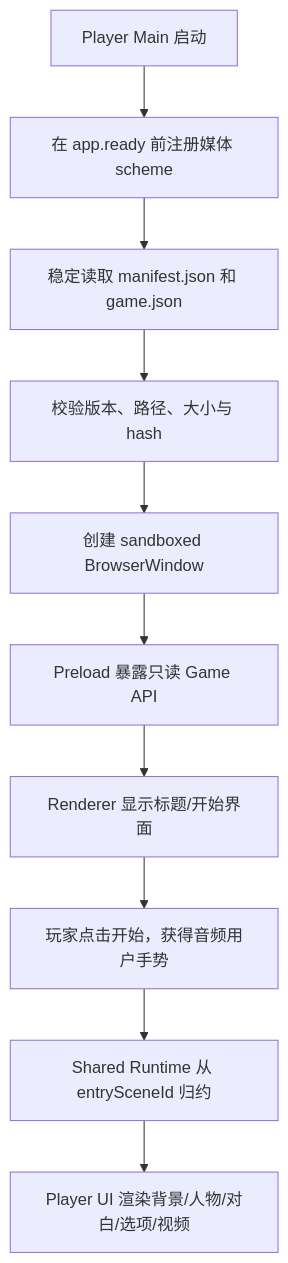
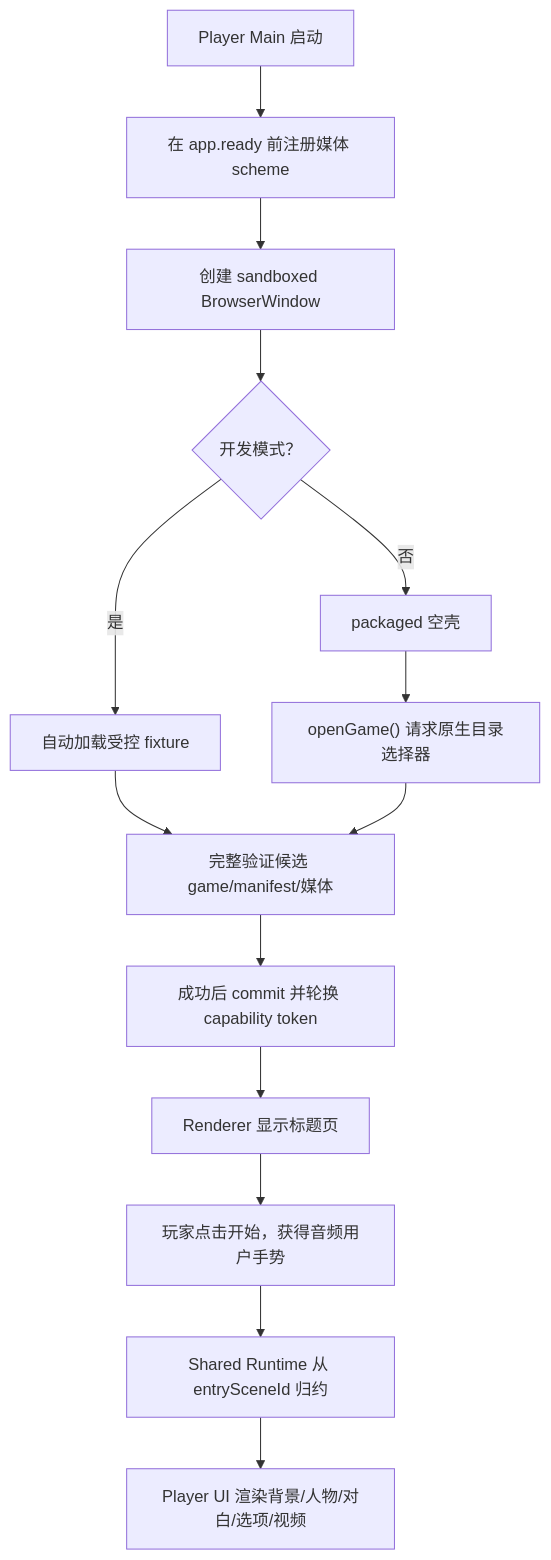
Before and after one commit to DarkboyRyan/Scratch-Novel-Engine: the third of 3 diagrams in docs/game-export-player.md, drawn with Mermaid. The commit also changed other lines of this file and 118 other files, not shown here.

````diff
--- a/docs/game-export-player.md
+++ b/docs/game-export-player.md
@@ -317,16 +417,22 @@
 ```mermaid
 flowchart TD
   START["Player Main 启动"]
   SCHEME["在 app.ready 前注册媒体 scheme"]
-  LOAD["稳定读取 manifest.json 和 game.json"]
-  VERIFY["校验版本、路径、大小与 hash"]
   WINDOW["创建 sandboxed BrowserWindow"]
-  PRELOAD["Preload 暴露只读 Game API"]
-  TITLE["Renderer 显示标题/开始界面"]
+  MODE{"开发模式？"}
+  FIXTURE["自动加载受控 fixture"]
+  EMPTY["packaged 空壳"]
+  PICKER["openGame() 请求原生目录选择器"]
+  VERIFY["完整验证候选 game/manifest/媒体"]
+  COMMIT["成功后 commit 并轮换 capability token"]
+  TITLE["Renderer 显示标题页"]
   GESTURE["玩家点击开始，获得音频用户手势"]
   RUNTIME["Shared Runtime 从 entrySceneId 归约"]
   UI["Player UI 渲染背景/人物/对白/选项/视频"]
 
-  START --> SCHEME --> LOAD --> VERIFY --> WINDOW --> PRELOAD --> TITLE
+  START --> SCHEME --> WINDOW --> MODE
+  MODE -->|"是"| FIXTURE --> VERIFY
+  MODE -->|"否"| EMPTY --> PICKER --> VERIFY
+  VERIFY --> COMMIT --> TITLE
   TITLE --> GESTURE --> RUNTIME --> UI
 ```
````
